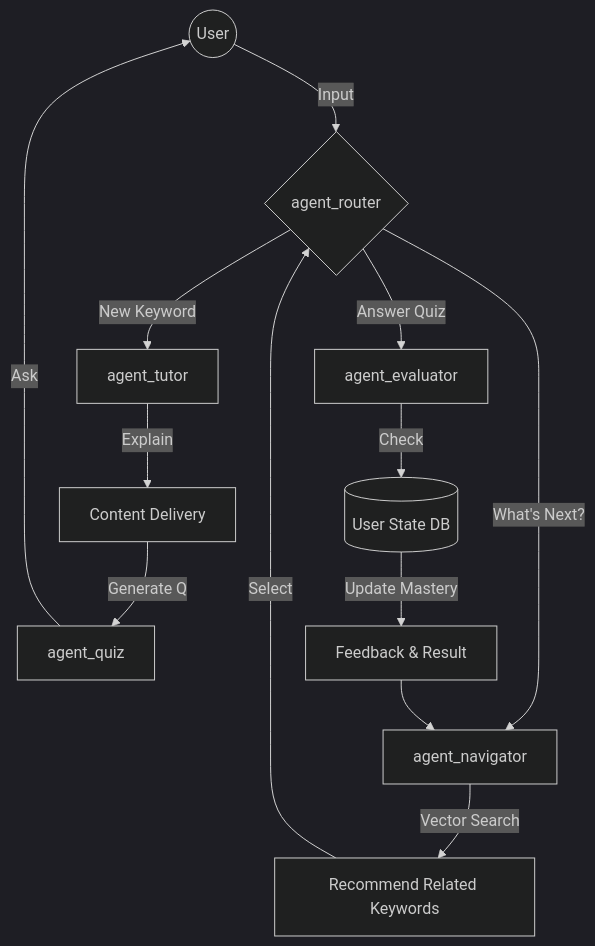
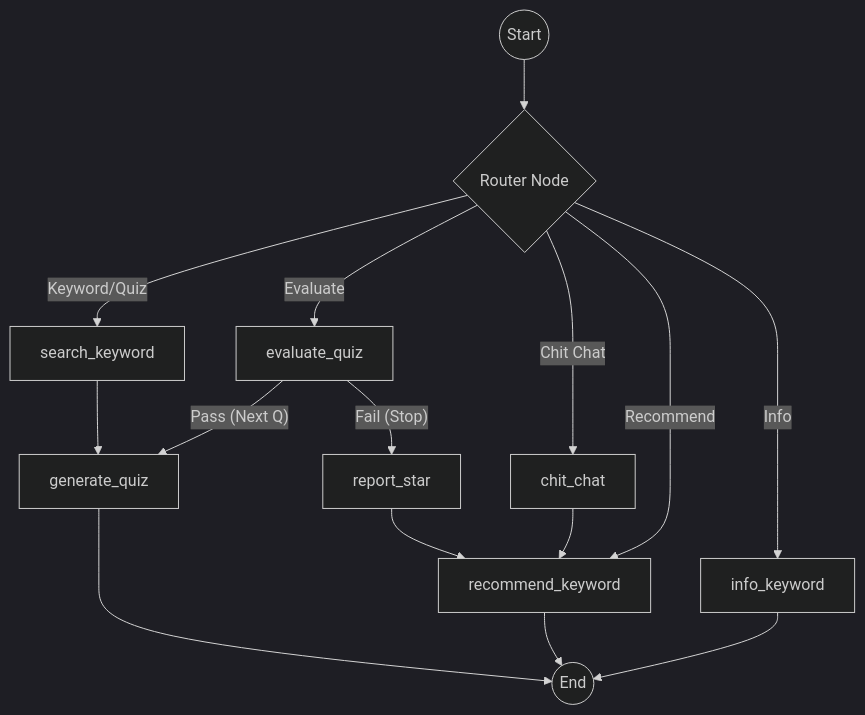
The second of 3 diagrams in docs/2_design/agent_workflow.md (haebo9/ai-techtree-project), drawn with Mermaid (dark theme) before and after one commit. The commit also changed other lines of this file and 1 other file, not shown here.

Commit message:
update : 현재의 수정된 Agent 로직에 맞게 docs 수정

````diff
--- a/docs/2_design/agent_workflow.md
+++ b/docs/2_design/agent_workflow.md
@@ -52,23 +69,25 @@
 ```mermaid
 graph TD
-    User((User)) -->|Input| Router{agent_router}
+    Start((Start)) --> Router{Router Node}
     
     %% Intent Branching
-    Router -- "New Keyword" --> Tutor[agent_tutor]
-    Router -- "Answer Quiz" --> Evaluator[agent_evaluator]
-    Router -- "What's Next?" --> Navigator[agent_navigator]
+    Router -- "Keyword/Quiz" --> Search[search_keyword]
+    Router -- "Evaluate" --> Eval[evaluate_quiz]
+    Router -- "Chit Chat" --> Chat[chit_chat]
+    Router -- "Recommend" --> Rec[recommend_keyword]
+    Router -- "Info" --> Info[info_keyword]
     
-    %% Learning Loop
-    Tutor -->|Explain| Content[Content Delivery]
-    Content -->|Generate Q| Quiz[agent_quiz]
-    Quiz -->|Ask| User
+    %% Keyword Flow
+    Search --> GenQuiz[generate_quiz]
     
-    %% Evaluation
-    Evaluator -->|Check| DB[(User State DB)]
-    DB -->|Update Mastery| Feedback[Feedback & Result]
-    Feedback --> Navigator
+    %% Evaluation Logic
+    Eval -- "Pass (Next Q)" --> GenQuiz
+    Eval -- "Fail (Stop)" --> Report[report_star]
     
-    %% Recommendation
-    Navigator -->|Vector Search| Recs[Recommend Related Keywords]
-    Recs -->|Select| Router
+    %% End Sequences
+    Report --> Rec
+    Chat --> Rec
+    Info --> End((End))
+    GenQuiz --> End
+    Rec --> End
 ```
````
